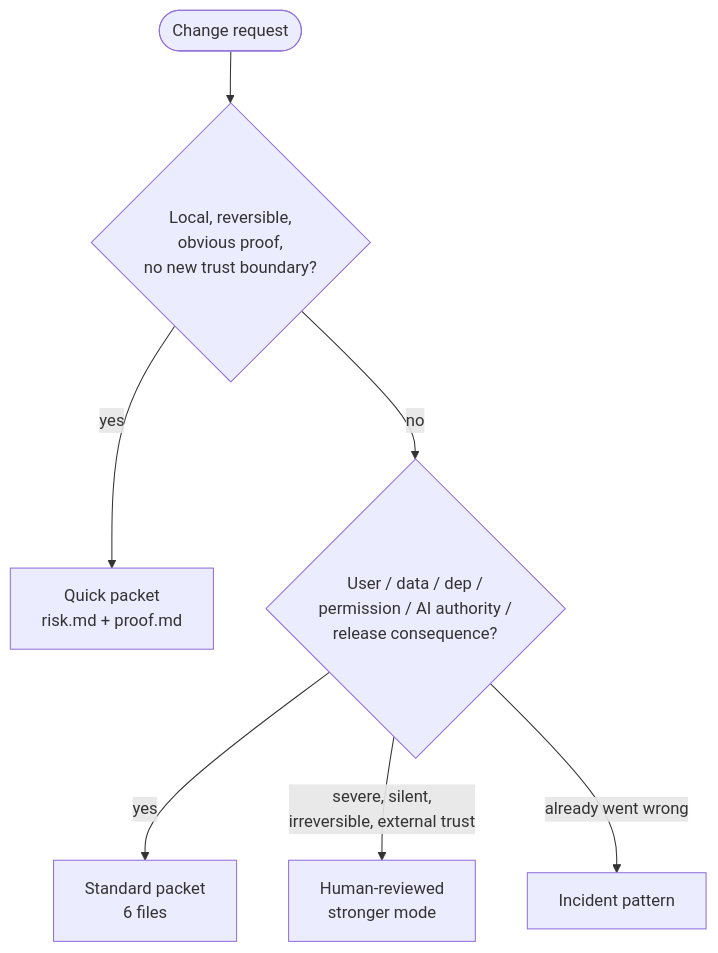
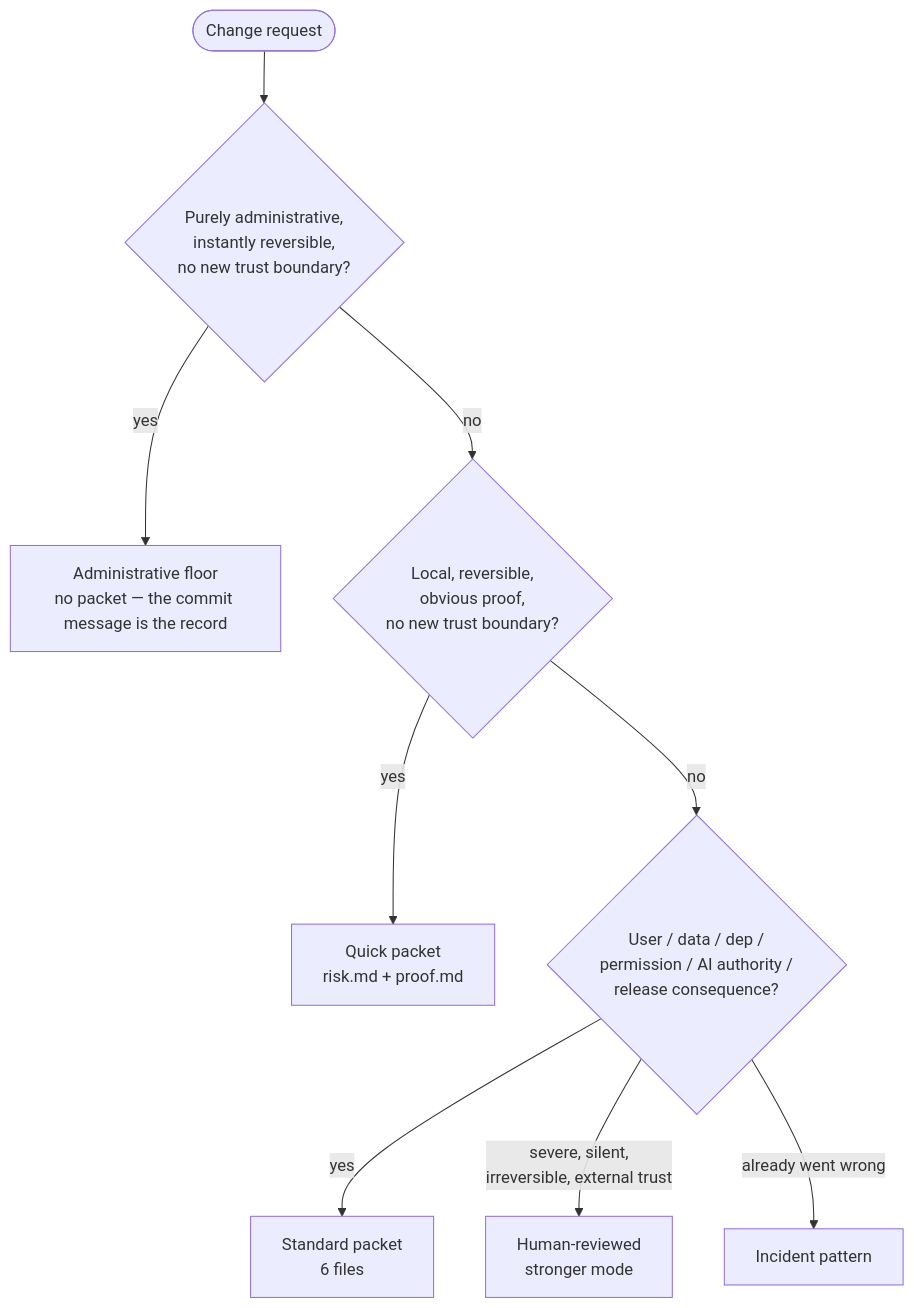
The diagram in QUICKSTART.md (FlyFission/nuclear-grade-context-engineering), drawn with Mermaid before and after one commit. The commit also changed 5 other files, not shown here.

First line of the commit message:
Make the administrative floor reachable in the primary decision paths (#54)

````diff
--- a/QUICKSTART.md
+++ b/QUICKSTART.md
@@ -86,9 +86,11 @@
 ```mermaid
 flowchart TD
-    Start([Change request]) --> Q1{Local, reversible,<br/>obvious proof,<br/>no new trust boundary?}
+    Start([Change request]) --> Q0{Purely administrative,<br/>instantly reversible,<br/>no new trust boundary?}
+    Q0 -->|yes| Floor[Administrative floor<br/>no packet — the commit message is the record]
+    Q0 -->|no| Q1{Local, reversible,<br/>obvious proof,<br/>no new trust boundary?}
     Q1 -->|yes| Quick[Quick packet<br/>risk.md + proof.md]
     Q1 -->|no| Q2{User / data / dep /<br/>permission / AI authority /<br/>release consequence?}
     Q2 -->|yes| Standard[Standard packet<br/>6 files]
     Q2 -->|severe, silent,<br/>irreversible, external trust| Strong[Human-reviewed<br/>stronger mode]
     Q2 -->|already went wrong| Incident[Incident pattern]
 ```
````
